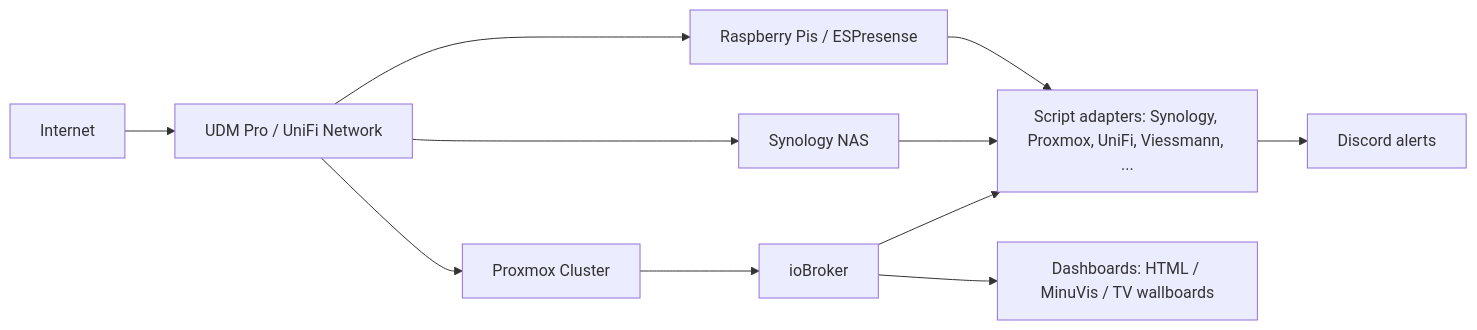
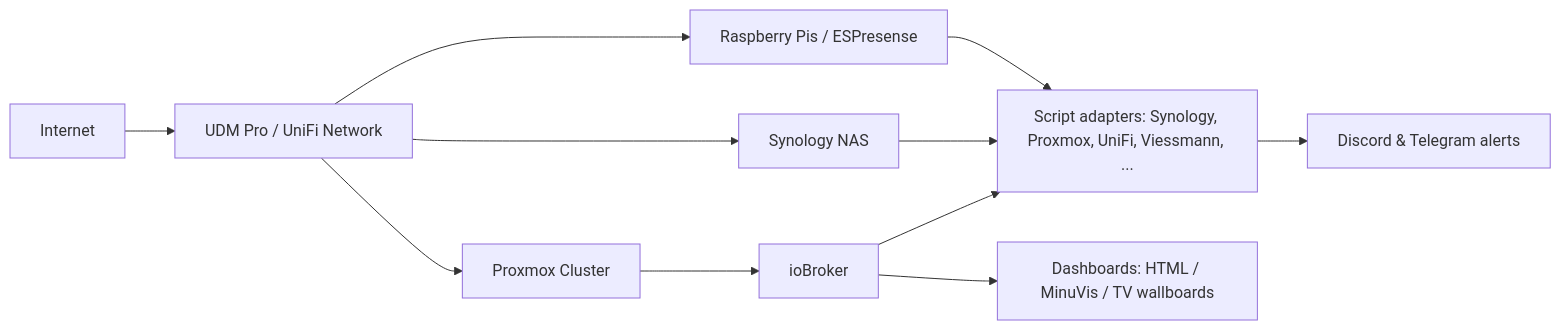
The diagram in README.md (Ilovegym66/Ilovegym66), drawn with Mermaid before and after one commit. The commit also changed other lines of this file, not shown here.

````diff
--- a/README.md
+++ b/README.md
@@ -38,13 +88,13 @@
 ```mermaid
 graph LR
   A[Internet] --> B[UDM Pro / UniFi Network]
   B --> C[Proxmox Cluster]
   B --> D[Synology NAS]
   B --> E[Raspberry Pis / ESPresense]
   C --> F[ioBroker]
   F --> G[Script adapters: Synology, Proxmox, UniFi, Viessmann, ...]
   F --> H[Dashboards: HTML / MinuVis / TV wallboards]
   D --> G
   E --> G
-  G --> I[Discord alerts]
+  G --> I[Discord & Telegram alerts]
 ```
````
